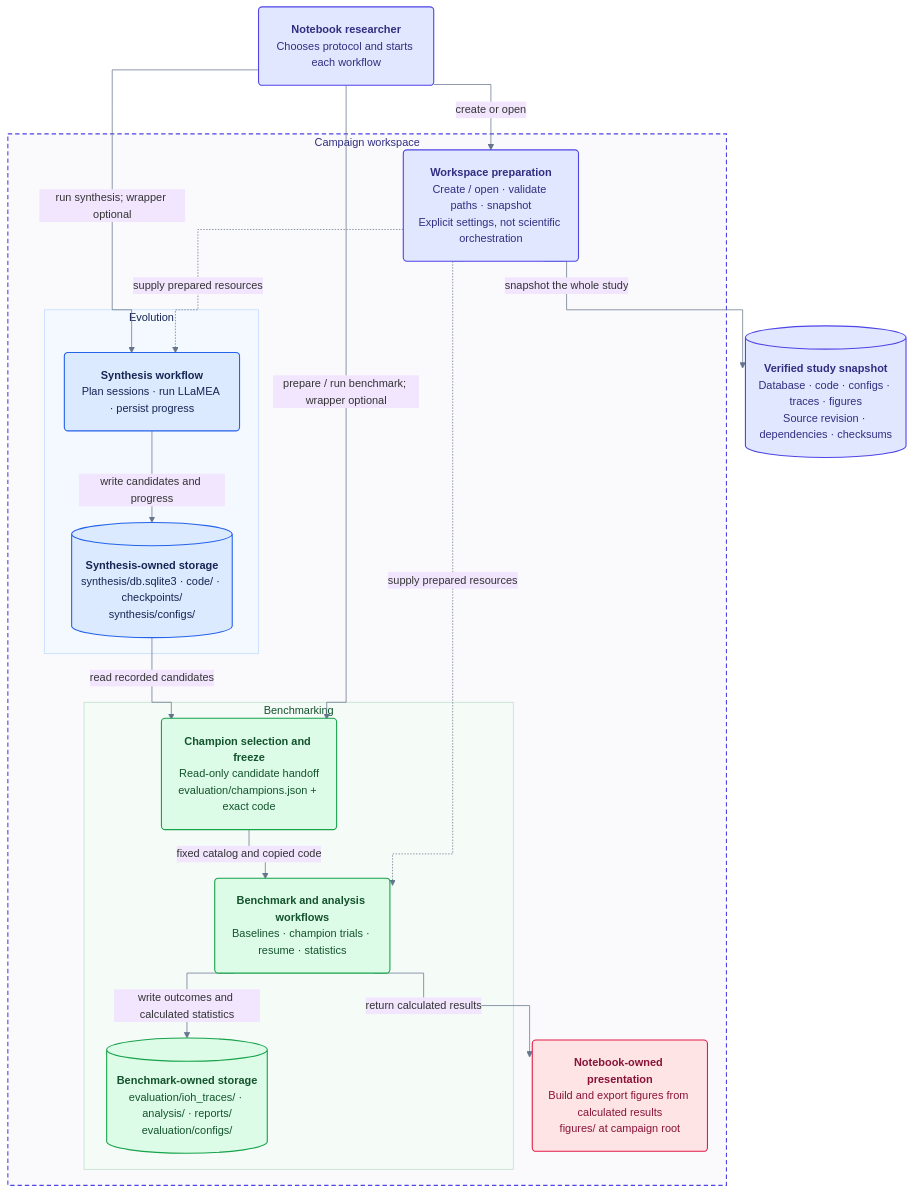
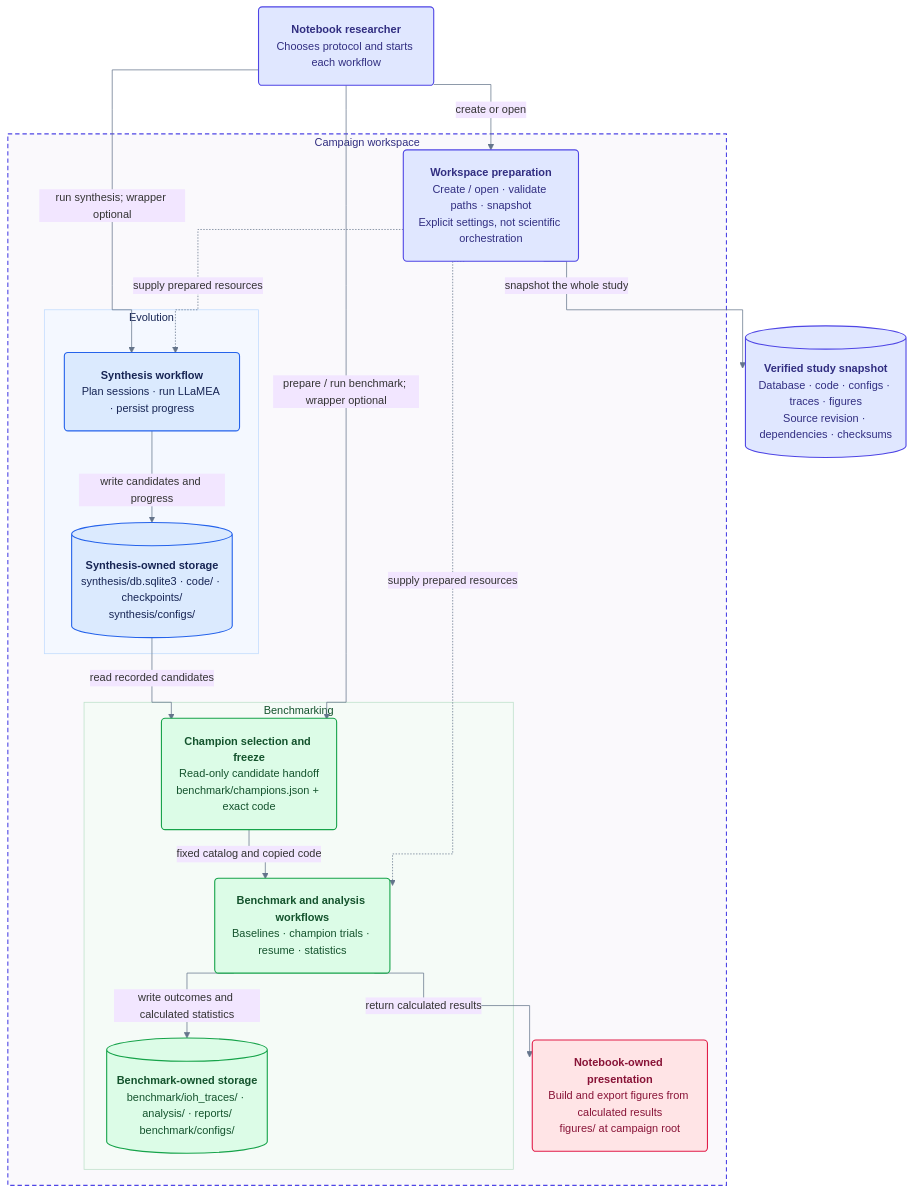
The first of 2 diagrams in docs/plans/campaign_isolation.md (Nicola-Ibrahim/AAD_LLM), drawn with Mermaid before and after one commit. The commit also changed other lines of this file and 67 other files, not shown here.

First line of the commit message:
Refactor evaluation to benchmark: Update imports, configurations, and tests

````diff
--- a/docs/plans/campaign_isolation.md
+++ b/docs/plans/campaign_isolation.md
@@ -101,51 +101,51 @@
 ```mermaid
 %%{init: {"theme":"base","themeVariables":{"background":"#f2e6ff","clusterBkg":"#faf9fc","clusterBorder":"#d8d2e3","lineColor":"#64748b","edgeLabelBackground":"#f2e6ff","fontFamily":"Arial, Helvetica, sans-serif","fontSize":"15px"},"flowchart":{"curve":"stepAfter","htmlLabels":true,"nodeSpacing":32,"rankSpacing":44,"padding":20}}}%%
 flowchart TD
     accTitle: Proposed campaign workspace with independent synthesis and benchmarking
     accDescr: An optional workspace layer prepares resources for two independently callable workflows. Synthesis owns its database and generated code. Benchmarking freezes a champion catalog and records evaluation outcomes. Notebook figures live at the campaign root, and snapshots preserve the whole study.
 
     Researcher("<b>Notebook researcher</b><br/>Chooses protocol and starts each workflow")
 
     subgraph Campaign["Campaign workspace"]
         Workspace("<b>Workspace preparation</b><br/>Create / open · validate paths · snapshot<br/>Explicit settings, not scientific orchestration")
 
         subgraph Evolution["Evolution"]
             Synthesis("<b>Synthesis workflow</b><br/>Plan sessions · run LLaMEA · persist progress")
             SynthesisStore[("<b>Synthesis-owned storage</b><br/>synthesis/db.sqlite3 · code/ · checkpoints/<br/>synthesis/configs/")]
         end
 
         subgraph Benchmarking["Benchmarking"]
-            Champions("<b>Champion selection and freeze</b><br/>Read-only candidate handoff<br/>evaluation/champions.json + exact code")
+            Champions("<b>Champion selection and freeze</b><br/>Read-only candidate handoff<br/>benchmark/champions.json + exact code")
             Benchmark("<b>Benchmark and analysis workflows</b><br/>Baselines · champion trials · resume · statistics")
-            EvaluationStore[("<b>Benchmark-owned storage</b><br/>evaluation/ioh_traces/ · analysis/ · reports/<br/>evaluation/configs/")]
+            BenchmarkStore[("<b>Benchmark-owned storage</b><br/>benchmark/ioh_traces/ · analysis/ · reports/<br/>benchmark/configs/")]
         end
 
         Figures("<b>Notebook-owned presentation</b><br/>Build and export figures from calculated results<br/>figures/ at campaign root")
     end
 
     Archive[("<b>Verified study snapshot</b><br/>Database · code · configs · traces · figures<br/>Source revision · dependencies · checksums")]
 
     Researcher -->|"create or open"| Workspace
     Workspace -.->|"supply prepared resources"| Synthesis
     Workspace -.->|"supply prepared resources"| Benchmark
     Researcher -->|"run synthesis; wrapper optional"| Synthesis
     Researcher -->|"prepare / run benchmark; wrapper optional"| Champions
     Synthesis -->|"write candidates and progress"| SynthesisStore
     SynthesisStore -->|"read recorded candidates"| Champions
     Champions -->|"fixed catalog and copied code"| Benchmark
-    Benchmark -->|"write outcomes and calculated statistics"| EvaluationStore
+    Benchmark -->|"write outcomes and calculated statistics"| BenchmarkStore
     Benchmark -->|"return calculated results"| Figures
     Workspace -->|"snapshot the whole study"| Archive
 
     classDef synthesis fill:#dbeafe,stroke:#2563eb,stroke-width:1.5px,color:#172554;
     classDef benchmark fill:#dcfce7,stroke:#16a34a,stroke-width:1.5px,color:#14532d;
     classDef workspace fill:#e0e7ff,stroke:#4f46e5,stroke-width:1.5px,color:#312e81;
     classDef presentation fill:#ffe4e6,stroke:#e11d48,stroke-width:1.5px,color:#881337;
     class Synthesis,SynthesisStore synthesis;
-    class Champions,Benchmark,EvaluationStore benchmark;
+    class Champions,Benchmark,BenchmarkStore benchmark;
     class Researcher,Workspace,Archive workspace;
     class Figures presentation;
     style Campaign fill:#faf9fc,stroke:#4f46e5,stroke-width:1.5px,stroke-dasharray:6 4,color:#312e81;
     style Evolution fill:#f4f8ff,stroke:#bfdbfe,stroke-width:1px,color:#172554;
     style Benchmarking fill:#f5fbf7,stroke:#bbdfc8,stroke-width:1px,color:#14532d;
 ```
````
